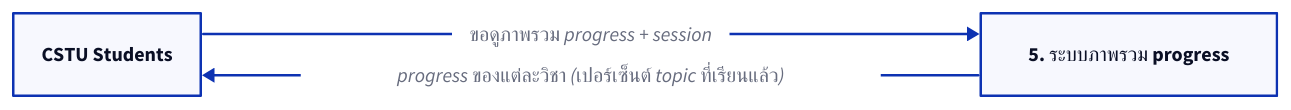
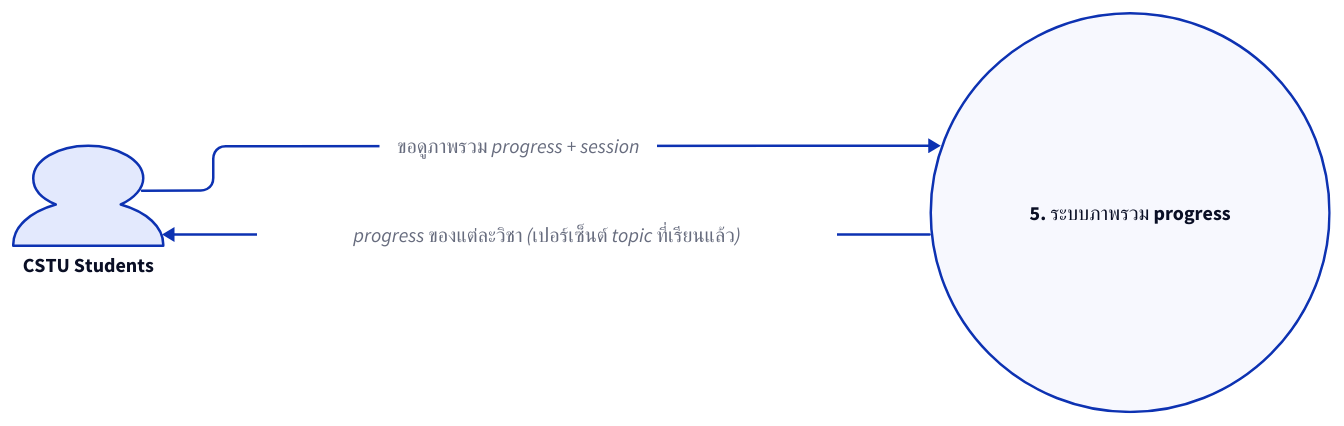
The diagram in docs/Diagrams/Context/US5context.d2 (Saranwich/CS261), drawn with D2 before and after one commit. The commit also changed 27 other files, not shown here.

Commit message:
fix(diagrams): use person/circle/cylinder shapes

```diff
--- a/docs/Diagrams/Context/US5context.d2
+++ b/docs/Diagrams/Context/US5context.d2
@@ -1,16 +1,16 @@
 vars: {
     d2-config: {
         layout-engine: elk
     }
 }
 
 direction: right
 
 cstu_student: CSTU Students
-cstu_student.shape: rectangle
+cstu_student.shape: person
 
 system: 5. ระบบภาพรวม progress
-system.shape: rectangle
+system.shape: circle
 
 cstu_student -> system: ขอดูภาพรวม progress + session
 system -> cstu_student: progress ของแต่ละวิชา (เปอร์เซ็นต์ topic ที่เรียนแล้ว)
```
